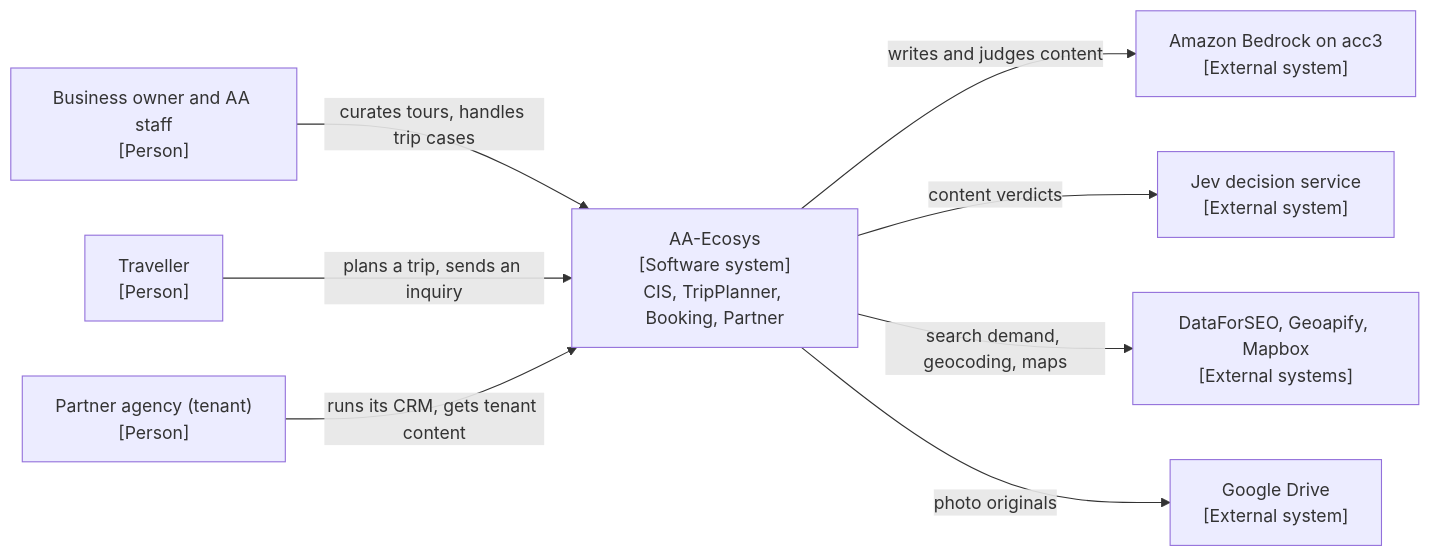
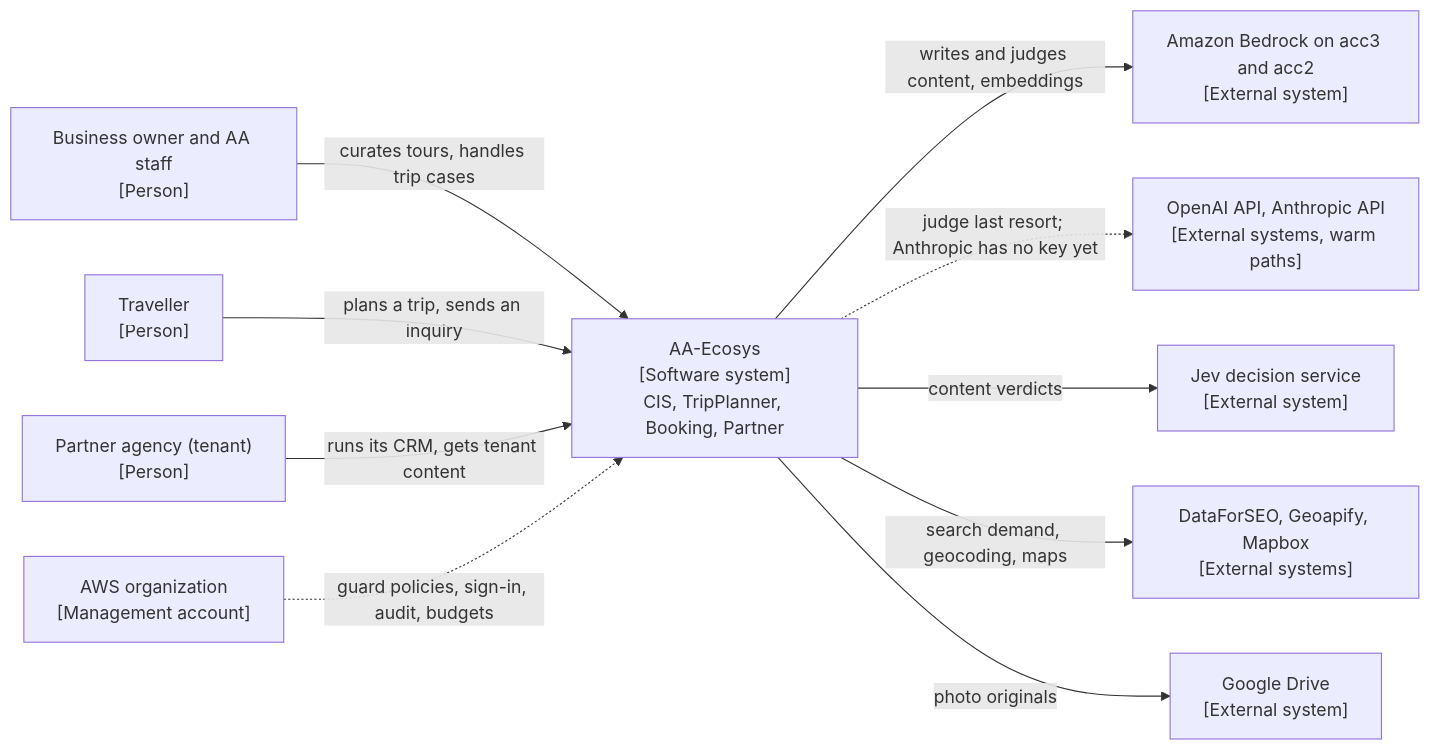
One commit to AdventureAsia365-Ecosys/AA-Ecosys changed the first of 2 diagrams in docs/guides/cto.md. Above: the diagram before and after it, drawn with Mermaid. The commit also changed other lines of this file and 10 other files, not shown here.

````diff
--- a/docs/guides/cto.md
+++ b/docs/guides/cto.md
@@ -35,18 +38,22 @@
 ```mermaid
 flowchart LR
   thu["Business owner and AA staff<br/>[Person]"]
   traveller["Traveller<br/>[Person]"]
   partner["Partner agency (tenant)<br/>[Person]"]
   eco["AA-Ecosys<br/>[Software system]<br/>CIS, TripPlanner, Booking, Partner"]
-  bedrock["Amazon Bedrock on acc3<br/>[External system]"]
+  bedrock["Amazon Bedrock on acc3 and acc2<br/>[External system]"]
+  direct["OpenAI API, Anthropic API<br/>[External systems, warm paths]"]
   jev["Jev decision service<br/>[External system]"]
   dfs["DataForSEO, Geoapify, Mapbox<br/>[External systems]"]
+  org["AWS organization<br/>[Management account]"]
   drive["Google Drive<br/>[External system]"]
   thu -->|"curates tours, handles trip cases"| eco
   traveller -->|"plans a trip, sends an inquiry"| eco
   partner -->|"runs its CRM, gets tenant content"| eco
-  eco -->|"writes and judges content"| bedrock
+  eco -->|"writes and judges content, embeddings"| bedrock
+  eco -.->|"judge last resort; Anthropic has no key yet"| direct
+  org -.->|"guard policies, sign-in, audit, budgets"| eco
   eco -->|"content verdicts"| jev
   eco -->|"search demand, geocoding, maps"| dfs
   eco -->|"photo originals"| drive
 ```
````
